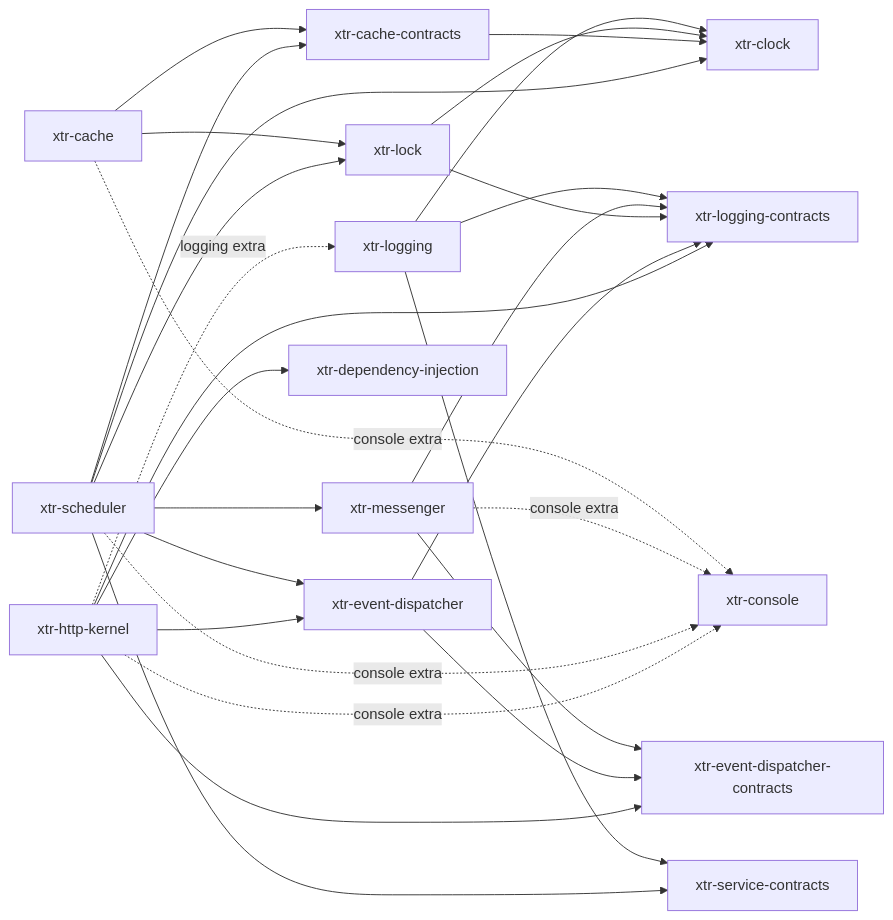
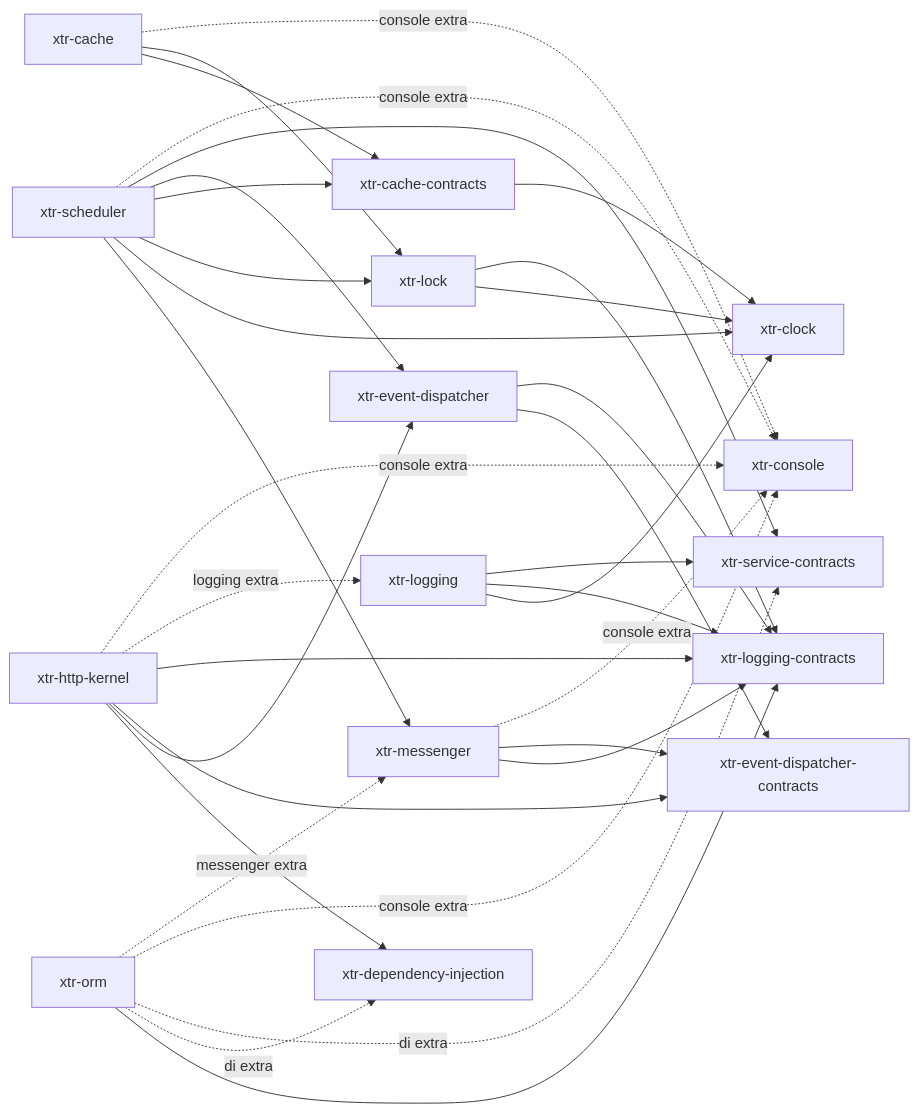
One commit to xterr/python-xtr changed the diagram in README.md. Above: the diagram before and after it, drawn with Mermaid. The commit also changed other lines of this file and 126 other files, not shown here.

Commit message:
feature: add the xtr-orm package

````diff
--- a/README.md
+++ b/README.md
@@ -42,30 +43,35 @@
 ```mermaid
 graph LR
     logging[xtr-logging] --> clock[xtr-clock]
     logging --> logcon[xtr-logging-contracts]
     logging --> svccon[xtr-service-contracts]
     messenger[xtr-messenger] --> logcon
     messenger --> eventcon
     lock[xtr-lock] --> clock
     lock --> logcon
     cachecon[xtr-cache-contracts] --> clock
     cache[xtr-cache] --> cachecon
     cache --> lock
     cache -. console extra .-> console
     events[xtr-event-dispatcher] --> eventcon[xtr-event-dispatcher-contracts]
     events --> logcon
     messenger -. console extra .-> console[xtr-console]
     scheduler[xtr-scheduler] --> messenger
     scheduler --> clock
     scheduler --> lock
     scheduler --> cachecon
     scheduler --> events
     scheduler --> svccon
     scheduler -. console extra .-> console
     httpkernel[xtr-http-kernel] --> di[xtr-dependency-injection]
     httpkernel --> events
     httpkernel --> eventcon
     httpkernel --> logcon
     httpkernel -. logging extra .-> logging
     httpkernel -. console extra .-> console
+    orm[xtr-orm] --> logcon
+    orm -. di extra .-> di
+    orm -. di extra .-> svccon
+    orm -. console extra .-> console
+    orm -. messenger extra .-> messenger
 ```
````
